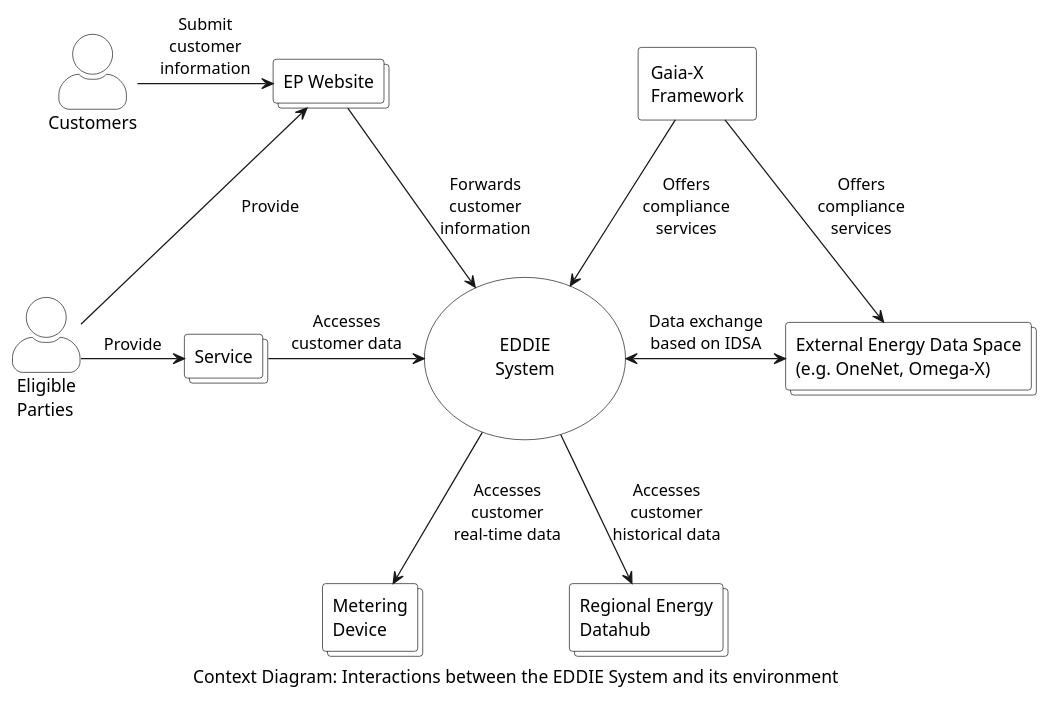
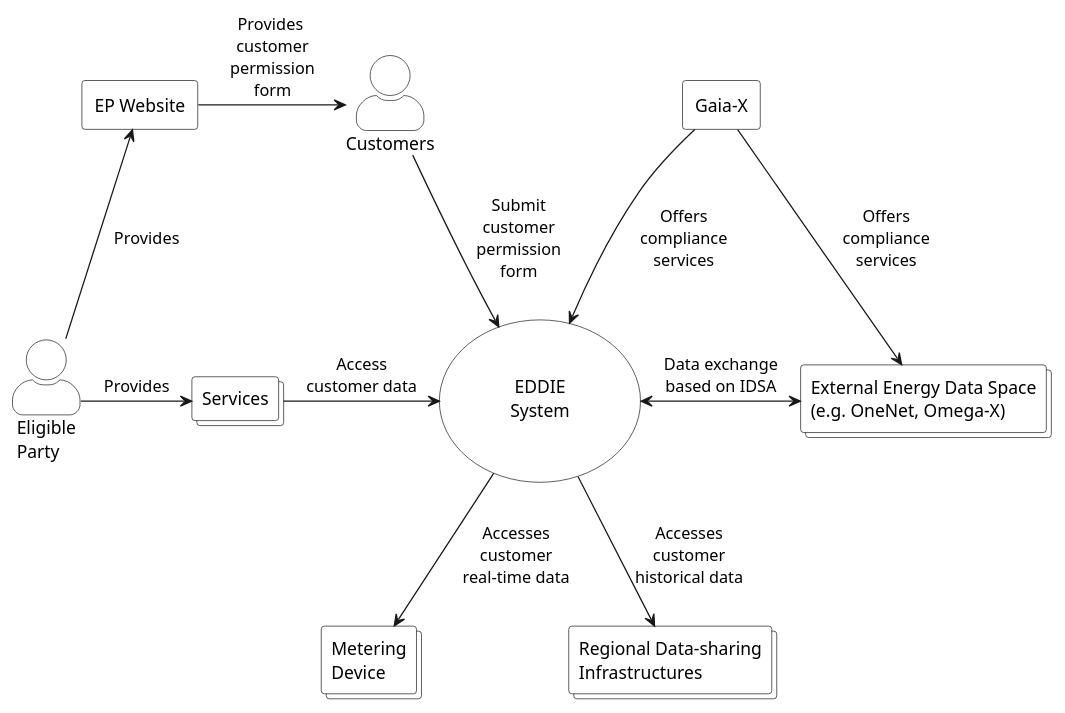
The diagram in arc42/system-scope-and-context/figures/context-diagram-dataspace.puml (eddie-energy/architecture), drawn with PlantUML before and after one commit. The commit also changed 2 other files, not shown here.

Commit message:
update the system scope section #90

```diff
--- a/arc42/system-scope-and-context/figures/context-diagram-dataspace.puml
+++ b/arc42/system-scope-and-context/figures/context-diagram-dataspace.puml
@@ -1,52 +1,52 @@
 @startuml context-diagram-dataspace
 'context diagram
-caption Context Diagram: Interactions between the EDDIE System and its environment
 
 skinparam usecase {
   BorderColor black
   BackgroundColor transparent
 }
 skinparam rectangle {
   BorderColor black
   BackgroundColor transparent
 }
 skinparam collections {
   BorderColor black
   BackgroundColor white
 }
 skinparam actorStyle awesome
 skinparam actor {
   BorderColor black
   BackgroundColor white
 }
 
-rectangle "Gaia-X\nFramework" as gaiaX
+rectangle "Gaia-X" as gaiaX
 collections "External Energy Data Space\n(e.g. OneNet, Omega-X)" as dataSpaces
 usecase "\n\nEDDIE\nSystem\n\n" as eddie
 collections "Metering\nDevice" as smartMeter
-collections "Regional Energy\nDatahub" as regionalData
-collections "EP Website" as website
-collections "Service" as service
+collections "Regional Data-sharing\nInfrastructures" as regionalData
+rectangle "EP Website" as website
+collections "Services" as service
 
-actor "Eligible\nParties" as ep
+actor "Eligible\nParty" as ep
 actor "Customers" as customer
 
 gaiaX -down-> eddie : Offers\ncompliance\nservices
 gaiaX -down-> dataSpaces : Offers\ncompliance\nservices
 
 eddie <-right-> dataSpaces : Data exchange\nbased on IDSA
 
-service -right-> eddie : Accesses\ncustomer data
+service -right-> eddie : Access\ncustomer data
 eddie -down-> regionalData : Accesses\ncustomer\nhistorical data
 eddie -down-> smartMeter : Accesses\ncustomer\nreal-time data
-website -right-> eddie : Forwards\ncustomer\ninformation
+' website -[hidden]right->eddie : test
 smartMeter -[hidden] regionalData : \t\t\t
-website -[hidden] gaiaX : \t\t\t\t\t\t
 
 
-ep -right-> service : Provide
-ep -up-> website : Provide
+ep -right-> service : Provides
+ep -up-> website : Provides
 
-customer -right-> website : Submit\ncustomer\ninformation
+website -right-> customer : Provides \ncustomer\npermission\nform
+customer -down-> eddie : Submit\ncustomer\npermission\nform
+customer -[hidden]right- gaiaX : \t\t\t\t\t\t
 
 @enduml
```
